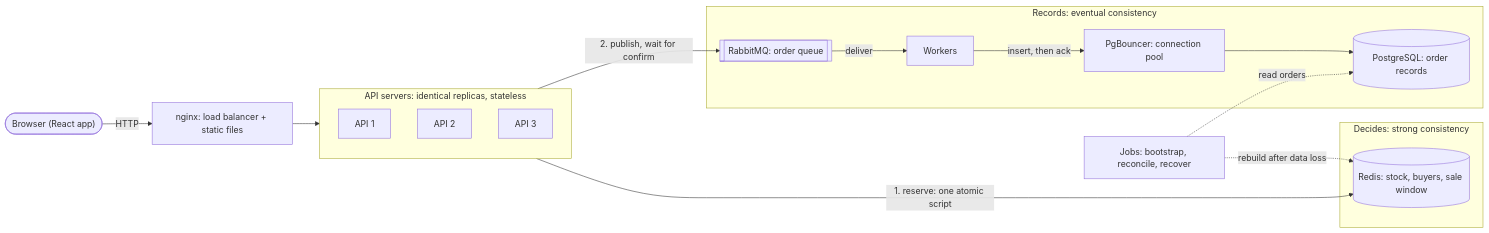
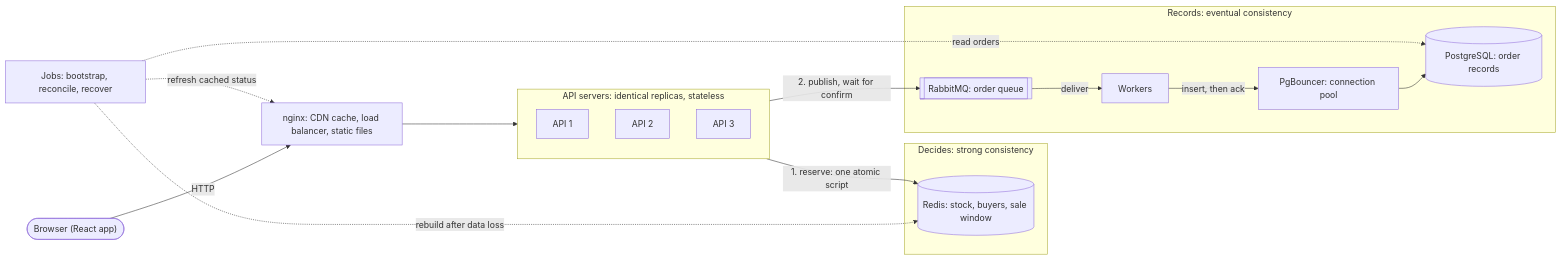
Before and after one commit to DwiHandoyo/flash-sale: the diagram in docs/02-architecture.md, drawn with Mermaid. The commit also changed 1 other file, not shown here.

Commit message:
Show nginx's CDN role and the cache refresh in the diagrams
The README and docs/02 diagrams now label nginx as the CDN cache and load
balancer, and show the jobs refreshing the cached sale status after reset
and recover.

````diff
--- a/docs/02-architecture.md
+++ b/docs/02-architecture.md
@@ -7,34 +7,35 @@
 ```mermaid
 flowchart LR
     browser(["Browser (React app)"])
-    nginx["nginx: load balancer + static files"]
+    nginx["nginx: CDN cache, load balancer, static files"]
 
     subgraph apis["API servers: identical replicas, stateless"]
         api1["API 1"]
         api2["API 2"]
         api3["API 3"]
     end
 
     subgraph decides["Decides: strong consistency"]
         redis[("Redis: stock, buyers, sale window")]
     end
 
     subgraph records["Records: eventual consistency"]
         rabbit[["RabbitMQ: order queue"]]
         workers["Workers"]
         pgbouncer["PgBouncer: connection pool"]
         postgres[("PostgreSQL: order records")]
     end
 
     recovery["Jobs: bootstrap, reconcile, recover"]
 
     browser -->|HTTP| nginx
     nginx --> apis
     apis -->|"1. reserve: one atomic script"| redis
     apis -->|"2. publish, wait for confirm"| rabbit
     rabbit -->|deliver| workers
     workers -->|"insert, then ack"| pgbouncer
     pgbouncer --> postgres
     recovery -.->|"rebuild after data loss"| redis
     recovery -.->|"read orders"| postgres
+    recovery -.->|"refresh cached status"| nginx
 ```
````
